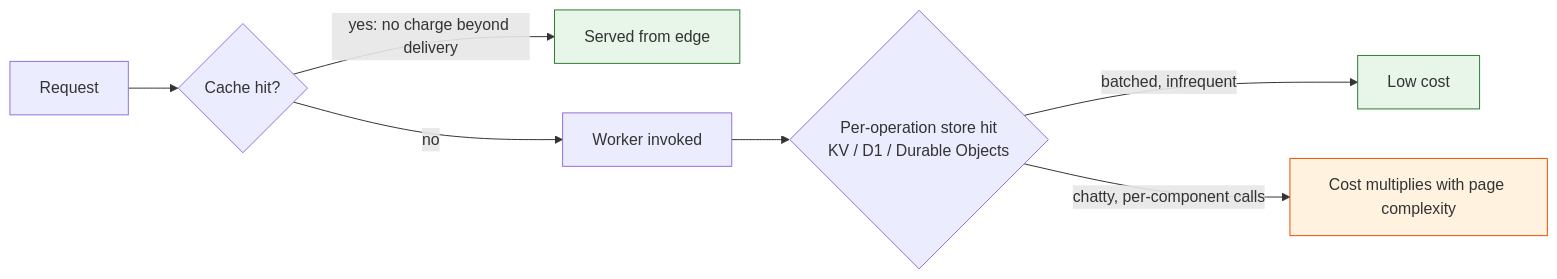
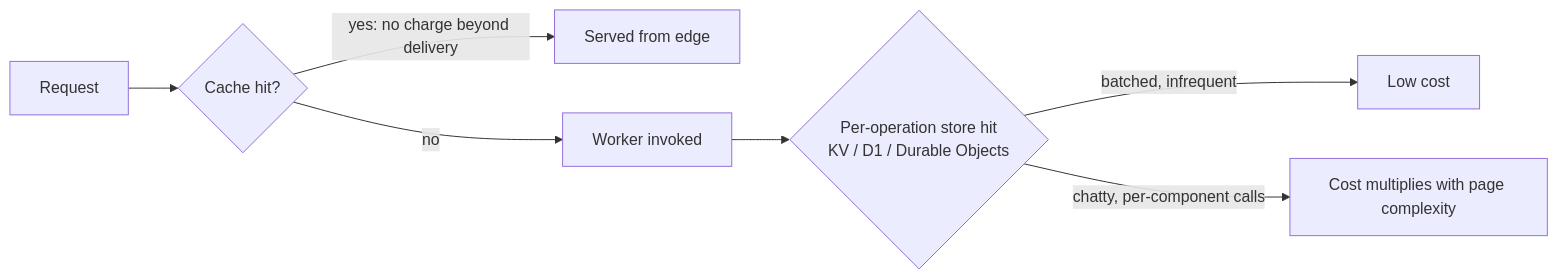
Before and after one commit to kevinevans1/cloudflare-well-architected: the diagram in docs/pillars/cost-optimization.md, drawn with Mermaid. The commit also changed 5 other files, not shown here.

Commit message:
Remove hardcoded Mermaid node colors causing readability issues; let diagrams use Material's theme-aware rendering

````diff
--- a/docs/pillars/cost-optimization.md
+++ b/docs/pillars/cost-optimization.md
@@ -11,13 +11,10 @@
 ```mermaid
 flowchart LR
     A[Request] --> B{Cache hit?}
     B -->|yes: no charge beyond delivery| Done1[Served from edge]
     B -->|no| C[Worker invoked]
     C --> D{Per-operation store hit<br/>KV / D1 / Durable Objects}
     D -->|batched, infrequent| Cheap[Low cost]
     D -->|chatty, per-component calls| Expensive[Cost multiplies with page complexity]
 
-    style Cheap fill:#e8f5e9,stroke:#2e7d32,stroke-width:1px
-    style Expensive fill:#fff3e0,stroke:#e65100,stroke-width:1px
-    style Done1 fill:#e8f5e9,stroke:#2e7d32,stroke-width:1px
 ```
````
